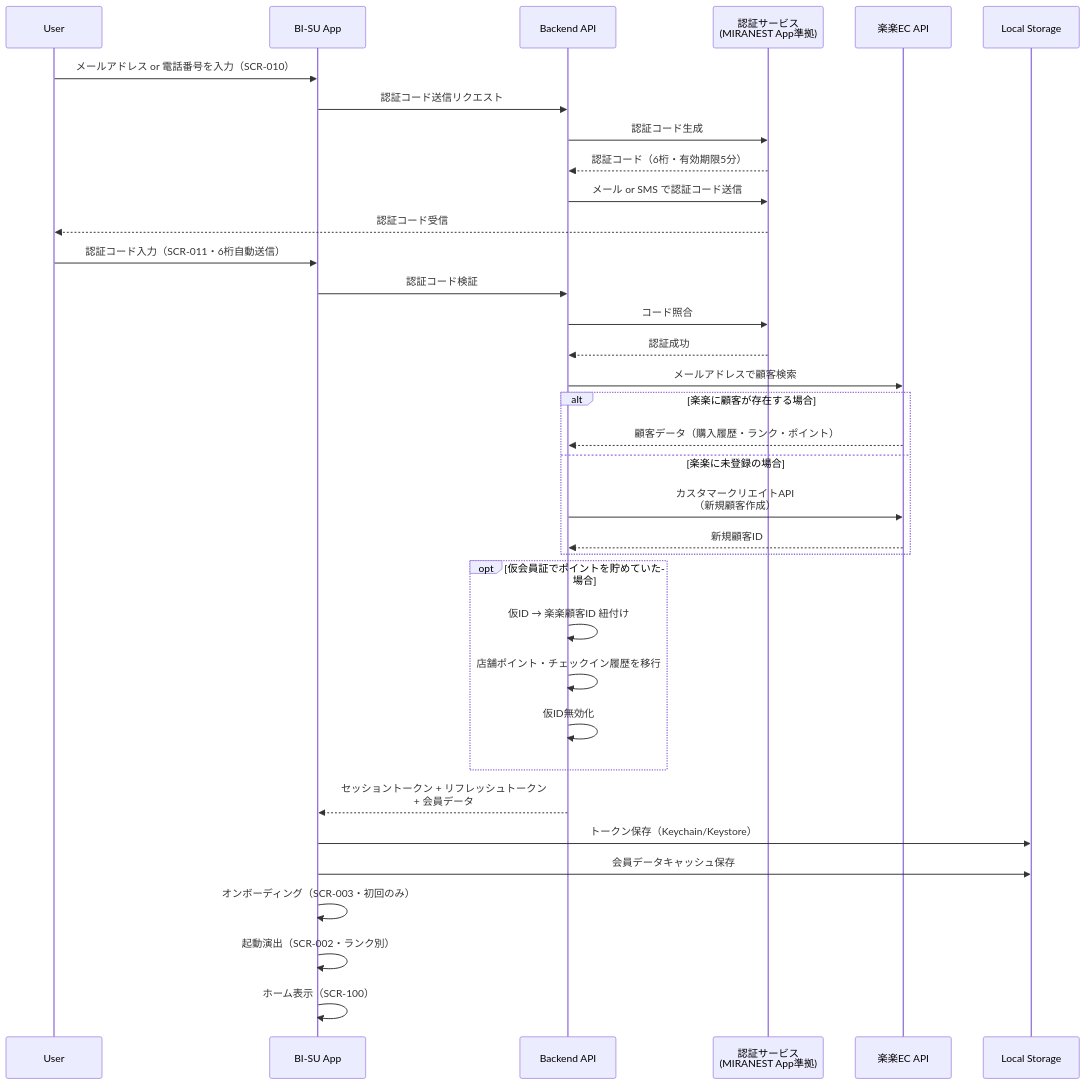
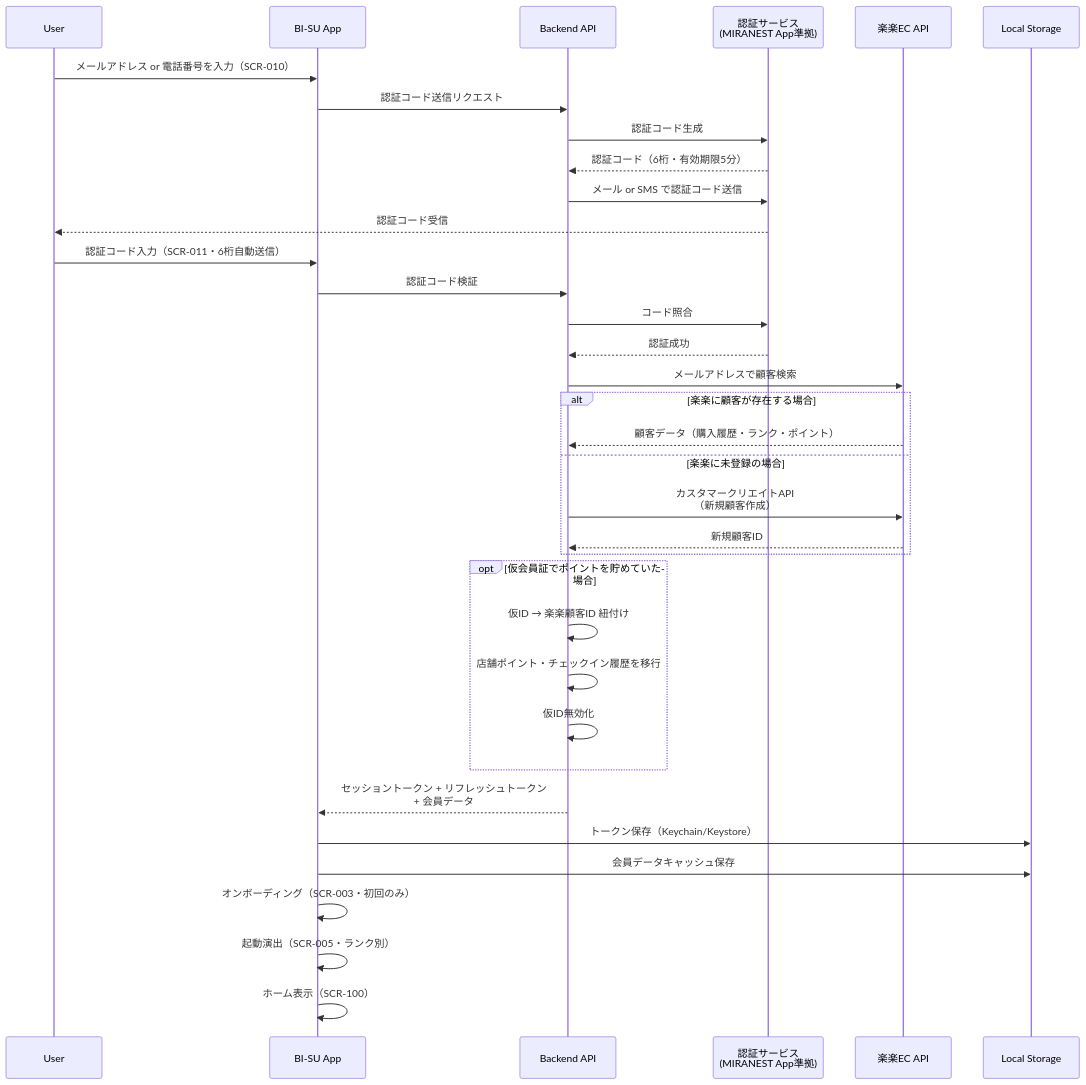
Before and after one commit to YukaHasebe/bi-su-app: the second of 24 diagrams in docs/05_シーケンス図.md, drawn with Mermaid. The commit also changed other lines of this file and 6 other files, not shown here.

````diff
--- a/docs/05_シーケンス図.md
+++ b/docs/05_シーケンス図.md
@@ -39,43 +39,43 @@
 ```mermaid
 sequenceDiagram
     participant U as User
     participant App as BI-SU App
     participant API as Backend API
     participant Auth as 認証サービス<br/>(MIRANEST App準拠)
     participant REC as 楽楽EC API
     participant LS as Local Storage
 
     U->>App: メールアドレス or 電話番号を入力（SCR-010）
     App->>API: 認証コード送信リクエスト
     API->>Auth: 認証コード生成
     Auth-->>API: 認証コード（6桁・有効期限5分）
     API->>Auth: メール or SMS で認証コード送信
     Auth-->>U: 認証コード受信
 
     U->>App: 認証コード入力（SCR-011・6桁自動送信）
     App->>API: 認証コード検証
     API->>Auth: コード照合
     Auth-->>API: 認証成功
 
     API->>REC: メールアドレスで顧客検索
     alt 楽楽に顧客が存在する場合
         REC-->>API: 顧客データ（購入履歴・ランク・ポイント）
     else 楽楽に未登録の場合
         API->>REC: カスタマークリエイトAPI<br/>（新規顧客作成）
         REC-->>API: 新規顧客ID
     end
 
     opt 仮会員証でポイントを貯めていた場合
         API->>API: 仮ID → 楽楽顧客ID 紐付け
         API->>API: 店舗ポイント・チェックイン履歴を移行
         API->>API: 仮ID無効化
     end
 
     API-->>App: セッショントークン + リフレッシュトークン<br/>+ 会員データ
     App->>LS: トークン保存（Keychain/Keystore）
     App->>LS: 会員データキャッシュ保存
 
     App->>App: オンボーディング（SCR-003・初回のみ）
-    App->>App: 起動演出（SCR-002・ランク別）
+    App->>App: 起動演出（SCR-005・ランク別）
     App->>App: ホーム表示（SCR-100）
 ```
````
